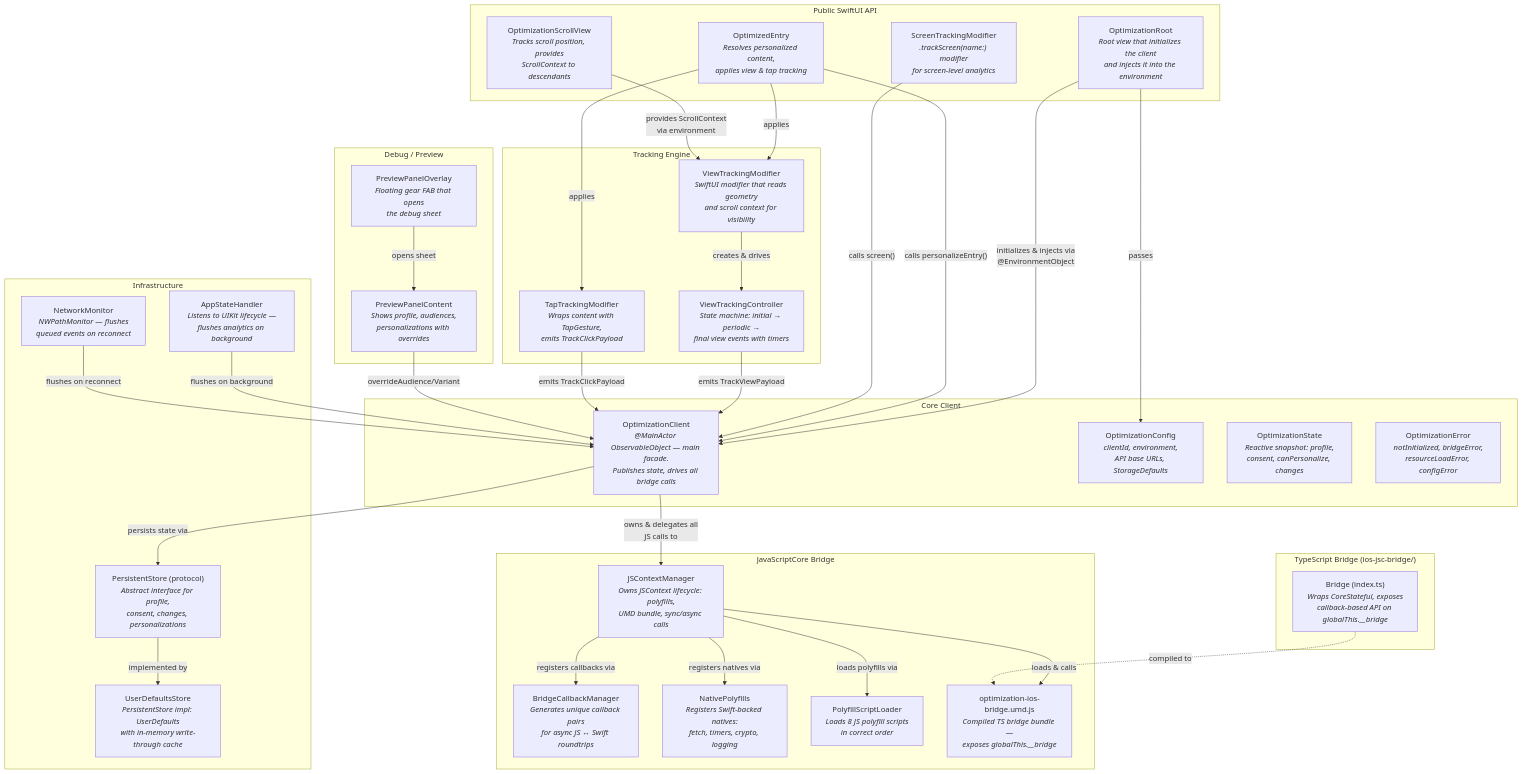
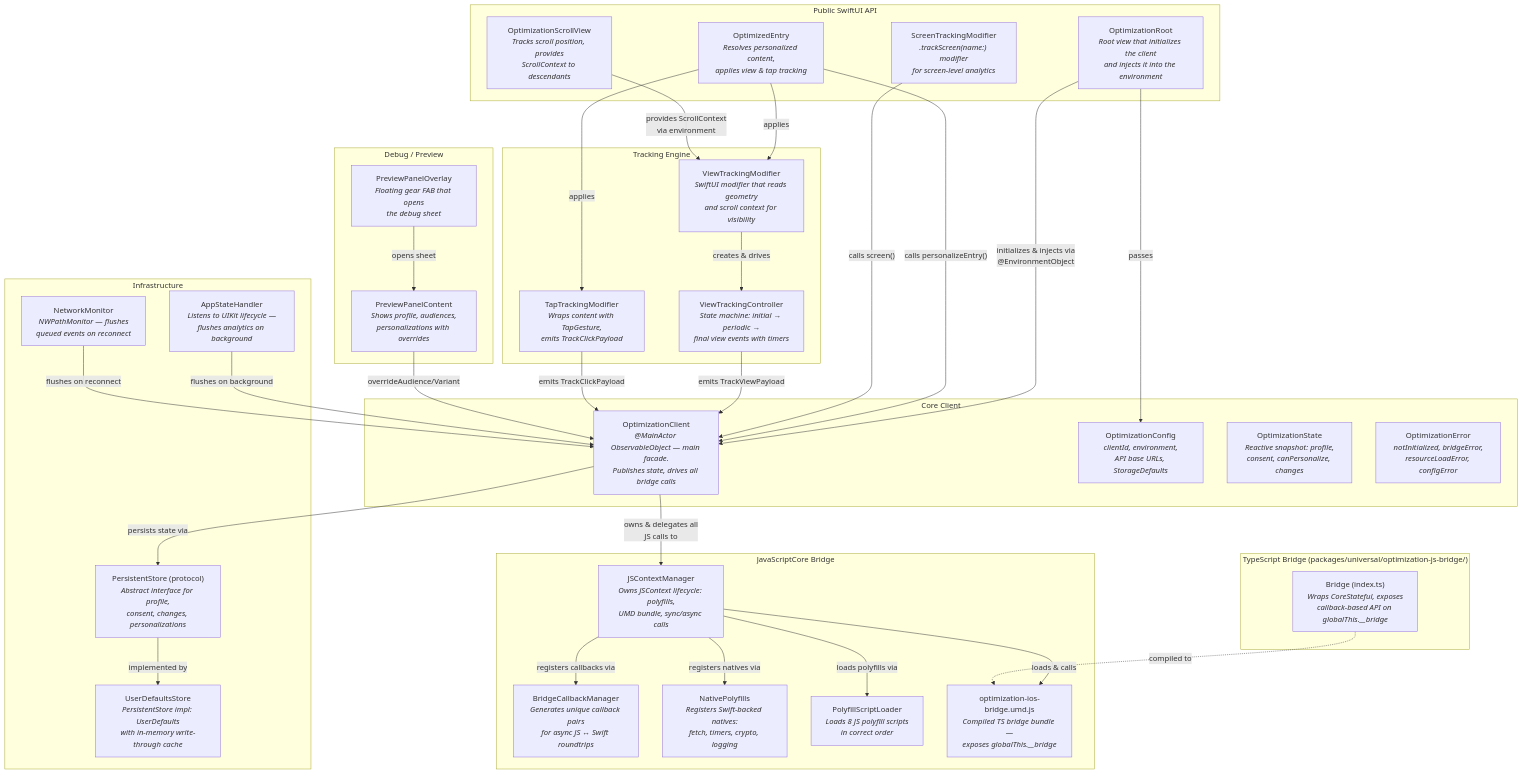
The first of 3 diagrams in packages/ios/CODE_MAP.md (contentful/optimization), drawn with Mermaid before and after one commit. The commit also changed other lines of this file and 18 other files, not shown here.

Commit message:
Point CI path filters, build scripts, and documentation at the merged @contentful/optimization-js-bridge package, keeping the iOS and Android native E2E filters triggering on bridge changes after the move into packages/universal

````diff
--- a/packages/ios/CODE_MAP.md
+++ b/packages/ios/CODE_MAP.md
@@ -23,80 +24,80 @@
 ```mermaid
 graph TB
     subgraph "Public SwiftUI API"
         OR["OptimizationRoot\n<i>Root view that initializes the client\nand injects it into the environment</i>"]
         OE["OptimizedEntry\n<i>Resolves personalized content,\napplies view & tap tracking</i>"]
         OSV["OptimizationScrollView\n<i>Tracks scroll position, provides\nScrollContext to descendants</i>"]
         STM["ScreenTrackingModifier\n<i>.trackScreen(name:) modifier\nfor screen-level analytics</i>"]
     end
 
     subgraph "Tracking Engine"
         VTM["ViewTrackingModifier\n<i>SwiftUI modifier that reads geometry\nand scroll context for visibility</i>"]
         VTC["ViewTrackingController\n<i>State machine: initial → periodic →\nfinal view events with timers</i>"]
         TTM["TapTrackingModifier\n<i>Wraps content with TapGesture,\nemits TrackClickPayload</i>"]
     end
 
     subgraph "Core Client"
         OC["OptimizationClient\n<i>@MainActor ObservableObject — main facade.\nPublishes state, drives all bridge calls</i>"]
         CFG["OptimizationConfig\n<i>clientId, environment,\nAPI base URLs, StorageDefaults</i>"]
         ST["OptimizationState\n<i>Reactive snapshot: profile,\nconsent, canPersonalize, changes</i>"]
         ERR["OptimizationError\n<i>notInitialized, bridgeError,\nresourceLoadError, configError</i>"]
     end
 
     subgraph "JavaScriptCore Bridge"
         JSM["JSContextManager\n<i>Owns JSContext lifecycle: polyfills,\nUMD bundle, sync/async calls</i>"]
         BCM["BridgeCallbackManager\n<i>Generates unique callback pairs\nfor async JS ↔ Swift roundtrips</i>"]
         NP["NativePolyfills\n<i>Registers Swift-backed natives:\nfetch, timers, crypto, logging</i>"]
         PSL["PolyfillScriptLoader\n<i>Loads 8 JS polyfill scripts\nin correct order</i>"]
         UMD["optimization-ios-bridge.umd.js\n<i>Compiled TS bridge bundle —\nexposes globalThis.__bridge</i>"]
     end
 
-    subgraph "TypeScript Bridge (ios-jsc-bridge/)"
+    subgraph "TypeScript Bridge (packages/universal/optimization-js-bridge/)"
         TSB["Bridge (index.ts)\n<i>Wraps CoreStateful, exposes\ncallback-based API on globalThis.__bridge</i>"]
     end
 
     subgraph "Infrastructure"
         PS["PersistentStore (protocol)\n<i>Abstract interface for profile,\nconsent, changes, personalizations</i>"]
         UDS["UserDefaultsStore\n<i>PersistentStore impl: UserDefaults\nwith in-memory write-through cache</i>"]
         ASH["AppStateHandler\n<i>Listens to UIKit lifecycle —\nflushes analytics on background</i>"]
         NM["NetworkMonitor\n<i>NWPathMonitor — flushes\nqueued events on reconnect</i>"]
     end
 
     subgraph "Debug / Preview"
         PPO["PreviewPanelOverlay\n<i>Floating gear FAB that opens\nthe debug sheet</i>"]
         PPC["PreviewPanelContent\n<i>Shows profile, audiences,\npersonalizations with overrides</i>"]
     end
 
     %% Public API → Core
     OR -->|"initializes & injects via\n@EnvironmentObject"| OC
     OR -->|"passes"| CFG
     OE -->|"calls personalizeEntry()"| OC
     OE -->|"applies"| VTM
     OE -->|"applies"| TTM
     STM -->|"calls screen()"| OC
     OSV -->|"provides ScrollContext\nvia environment"| VTM
 
     %% Tracking → Core
     VTM -->|"creates & drives"| VTC
     VTC -->|"emits TrackViewPayload"| OC
     TTM -->|"emits TrackClickPayload"| OC
 
     %% Core → Bridge
     OC -->|"owns & delegates all\nJS calls to"| JSM
     JSM -->|"registers callbacks via"| BCM
     JSM -->|"loads polyfills via"| PSL
     JSM -->|"registers natives via"| NP
     JSM -->|"loads & calls"| UMD
 
     %% TS Bridge compiles to UMD
     TSB -.->|"compiled to"| UMD
 
     %% Core → Infrastructure
     OC -->|"persists state via"| PS
     PS -->|"implemented by"| UDS
     ASH -->|"flushes on background"| OC
     NM -->|"flushes on reconnect"| OC
 
     %% Debug
     PPO -->|"opens sheet"| PPC
     PPC -->|"overrideAudience/Variant"| OC
 ```
````
